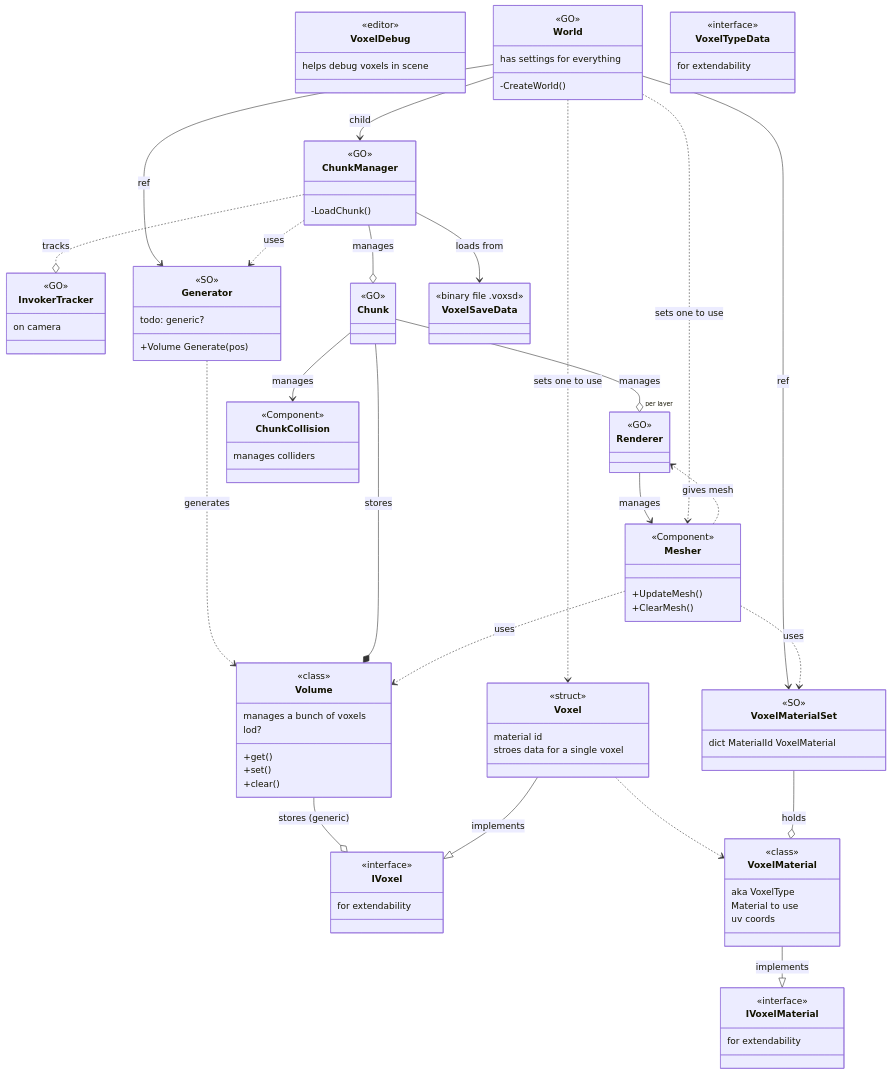
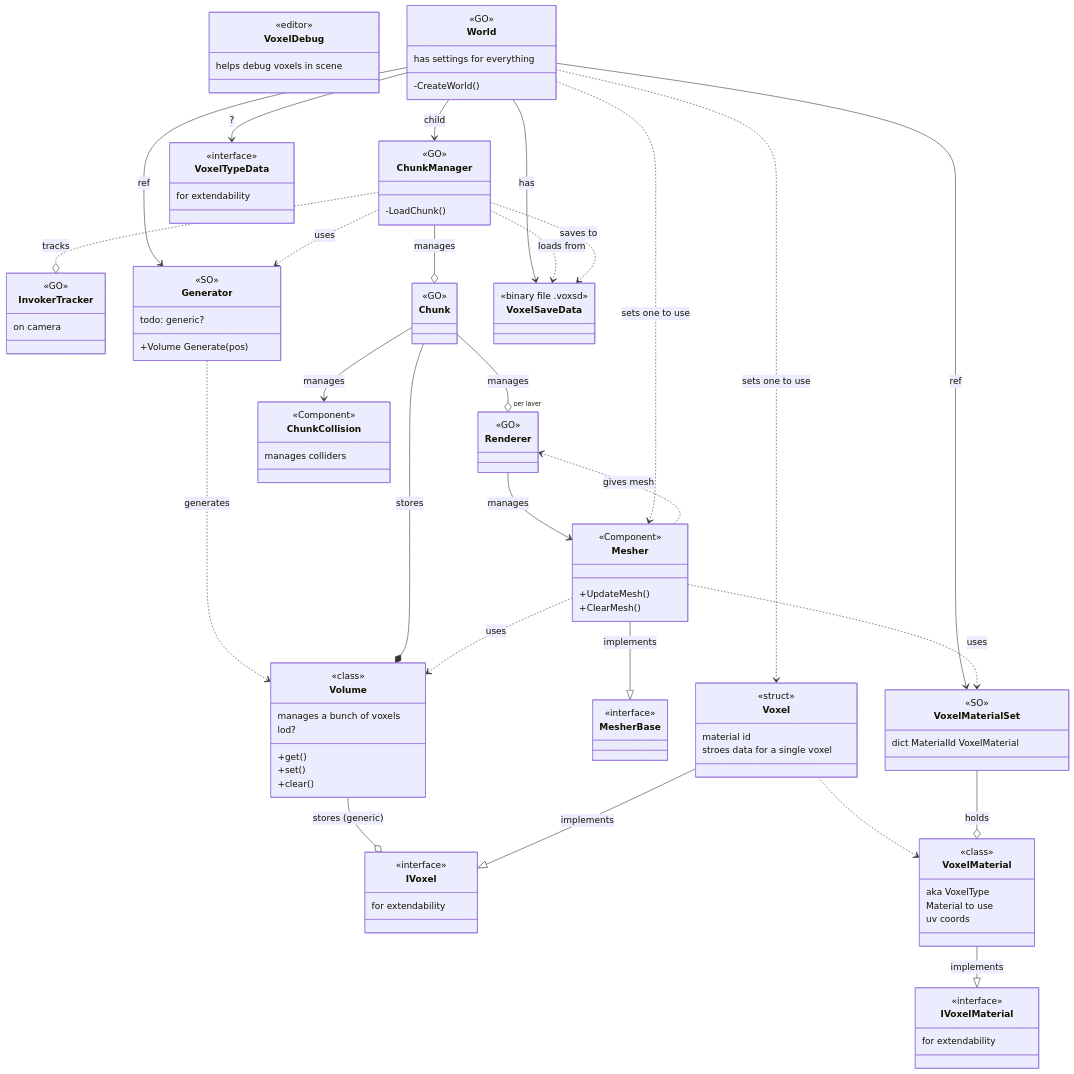
One commit to kitbdev/VoxelSystem changed the diagram in classes VoxelWorld.md. Above: the diagram before and after it, drawn with Mermaid. The commit also changed other lines of this file and 22 other files, not shown here.

Commit message:
rename voxel type to voxel material

```diff
--- a/classes VoxelWorld.md
+++ b/classes VoxelWorld.md
@@ -38,6 +38,9 @@
 }
 class Renderer{
   <<GO>>
+}
+class MesherBase{
+  <<interface>>
 }
 class Mesher{
   <<Component>>
@@ -84,13 +87,16 @@
   uv coords
 }
 
+World --> VoxelSaveData : has
 World --> Generator : ref
 World --> ChunkManager : child
 World --> VoxelMaterialSet : ref
+World --> VoxelTypeData : ?
 
 %% add some indirection with save vs generate?
 ChunkManager ..> Generator  : uses
-ChunkManager --> VoxelSaveData : loads from
+ChunkManager ..> VoxelSaveData : loads from
+ChunkManager ..> VoxelSaveData : saves to
 ChunkManager --o Chunk : manages
 ChunkManager ..o InvokerTracker: tracks
 
@@ -100,6 +106,7 @@
 Chunk --o "per layer" Renderer : manages
 Chunk --* Volume : stores
 
+Mesher --|> MesherBase : implements
 Mesher ..> Volume : uses
 Mesher ..> VoxelMaterialSet : uses
 %% should there be one mesher per renderer?
```
